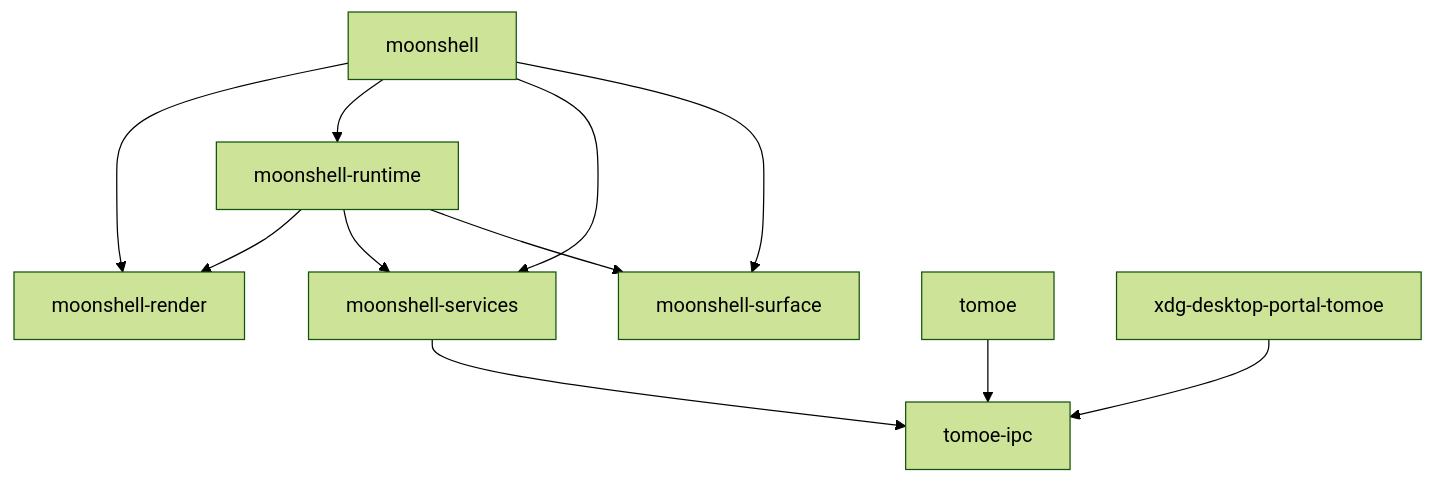
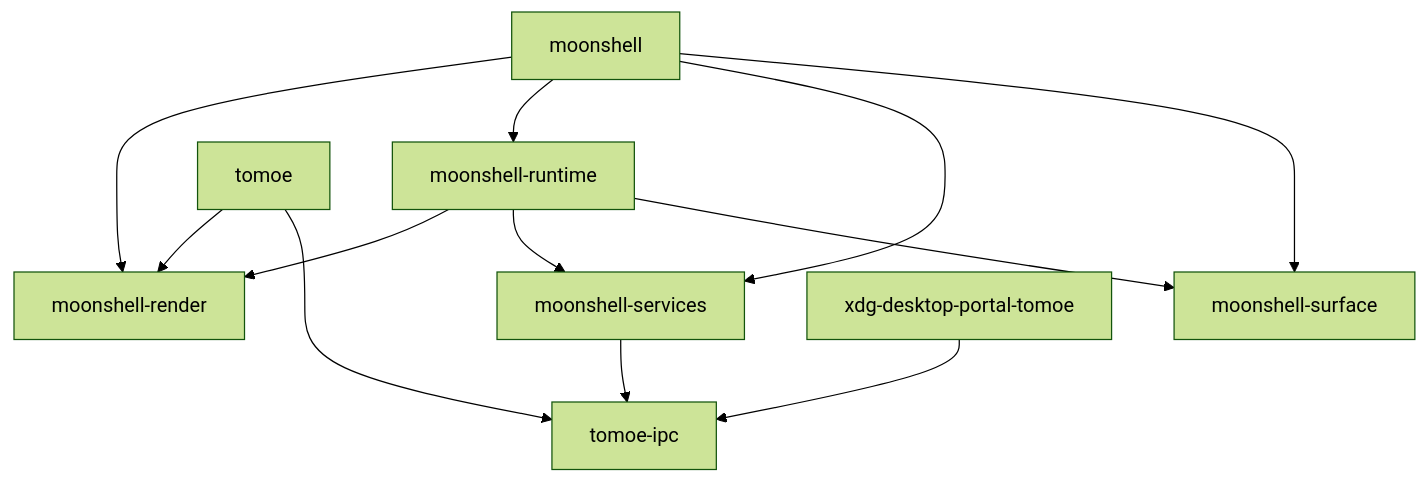
The diagram in ARCHITECTURE.md (y0usaf/tomoe), drawn with Mermaid (forest theme) before and after one commit. The commit also changed other lines of this file and 8 other files, not shown here.

````diff
--- a/ARCHITECTURE.md
+++ b/ARCHITECTURE.md
@@ -14,13 +14,14 @@
 ```mermaid
 graph TD
   moonshell["moonshell"] --> moonshell_render["moonshell-render"]
   moonshell["moonshell"] --> moonshell_runtime["moonshell-runtime"]
   moonshell["moonshell"] --> moonshell_services["moonshell-services"]
   moonshell["moonshell"] --> moonshell_surface["moonshell-surface"]
   moonshell_runtime["moonshell-runtime"] --> moonshell_render["moonshell-render"]
   moonshell_runtime["moonshell-runtime"] --> moonshell_services["moonshell-services"]
   moonshell_runtime["moonshell-runtime"] --> moonshell_surface["moonshell-surface"]
   moonshell_services["moonshell-services"] --> tomoe_ipc["tomoe-ipc"]
+  tomoe["tomoe"] --> moonshell_render["moonshell-render"]
   tomoe["tomoe"] --> tomoe_ipc["tomoe-ipc"]
   xdg_desktop_portal_tomoe["xdg-desktop-portal-tomoe"] --> tomoe_ipc["tomoe-ipc"]
 ```
````
